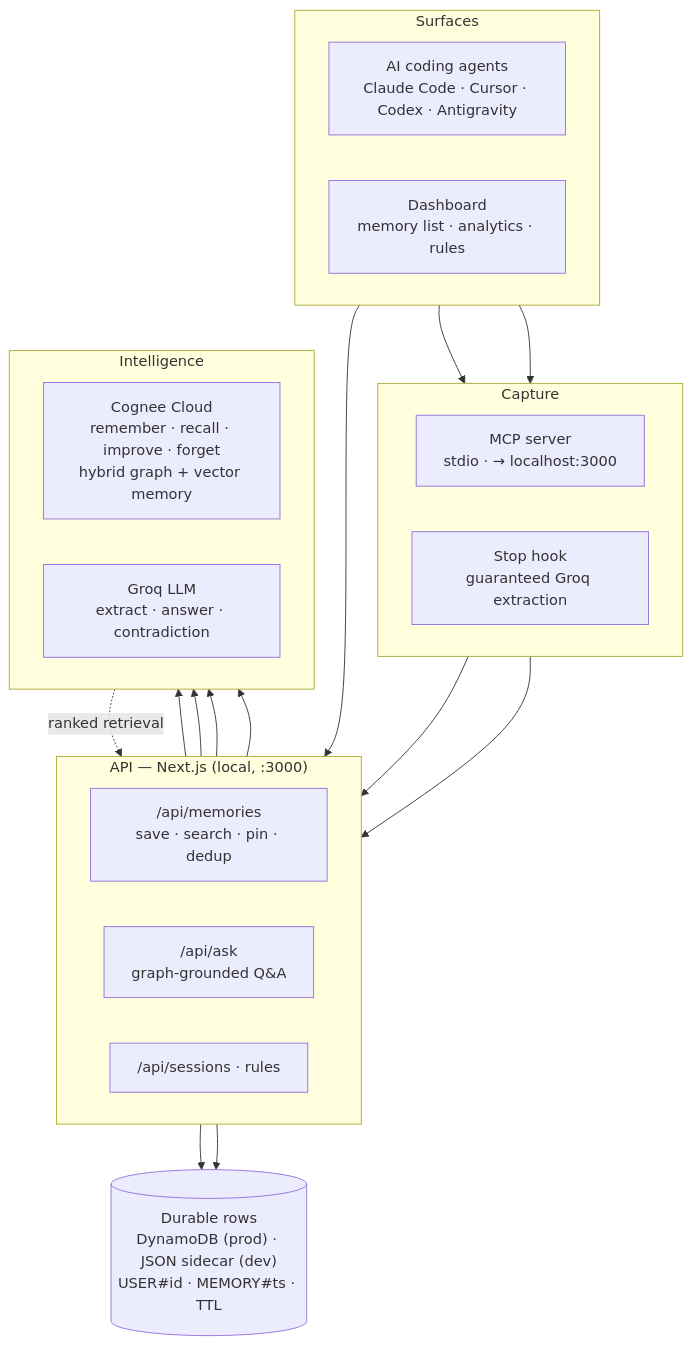
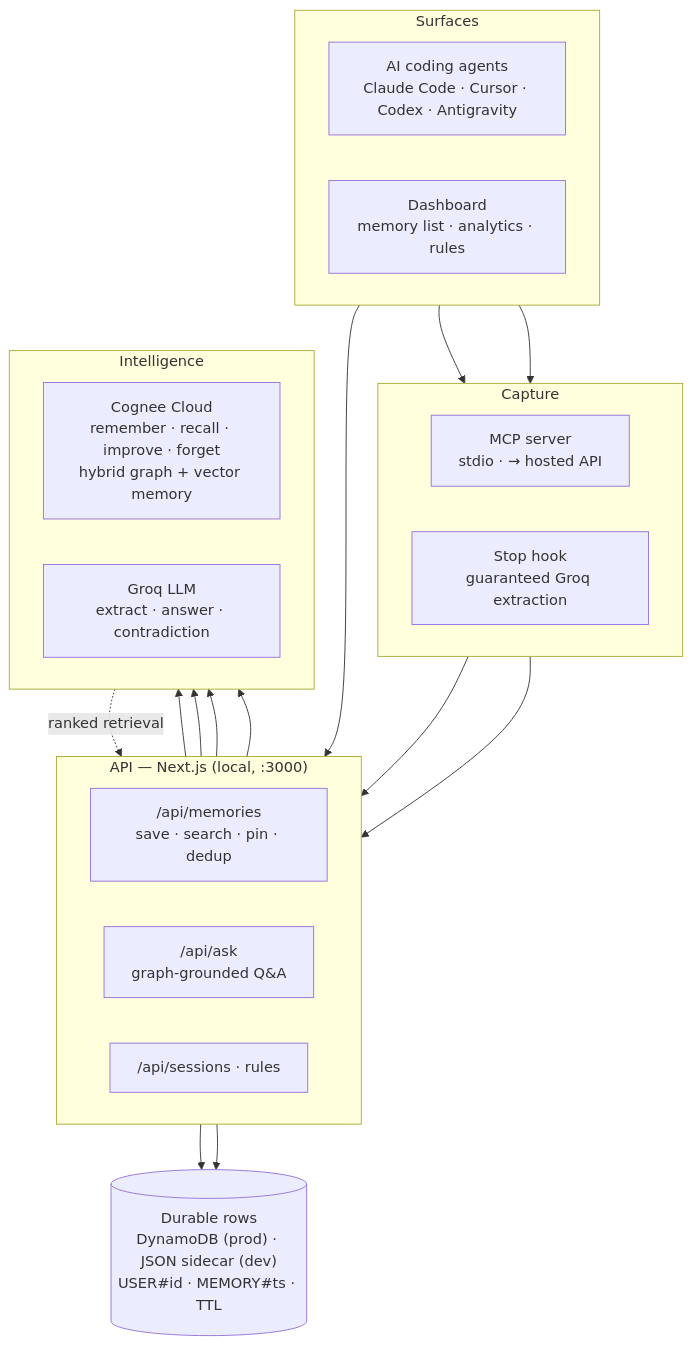
Before and after one commit to ayushraj-byte/Cognee-Imprint: the diagram in README.md, drawn with Mermaid. The commit also changed other lines of this file and 6 other files, not shown here.

First line of the commit message:
fix(connect): point every IDE config at the hosted API, not localhost

````diff
--- a/README.md
+++ b/README.md
@@ -81,42 +81,42 @@
 ```mermaid
 flowchart TB
   subgraph SURF["Surfaces"]
     direction LR
     IDE["AI coding agents<br/>Claude Code · Cursor · Codex · Antigravity"]
     DASH["Dashboard<br/>memory list · analytics · rules"]
   end
 
   subgraph CAP["Capture"]
     direction LR
-    MCP["MCP server<br/>stdio · → localhost:3000"]
+    MCP["MCP server<br/>stdio · → hosted API"]
     HOOK["Stop hook<br/>guaranteed Groq extraction"]
   end
 
   subgraph API["API — Next.js (local, :3000)"]
     direction LR
     MEM["/api/memories<br/>save · search · pin · dedup"]
     ASK["/api/ask<br/>graph-grounded Q&amp;A"]
     SESS["/api/sessions · rules"]
   end
 
   subgraph INTEL["Intelligence"]
     direction LR
     COG["Cognee Cloud<br/>remember · recall · improve · forget<br/>hybrid graph + vector memory"]
     GROQ["Groq LLM<br/>extract · answer · contradiction"]
   end
 
   STORE[("Durable rows<br/>DynamoDB (prod) · JSON sidecar (dev)<br/>USER#id · MEMORY#ts · TTL")]
 
   IDE --> MCP
   IDE --> HOOK
   DASH --> MEM
   MCP --> MEM
   HOOK --> MEM
   MEM --> GROQ
   MEM --> COG
   ASK --> COG
   ASK --> GROQ
   MEM --> STORE
   SESS --> STORE
   COG -. ranked retrieval .-> MEM
 ```
````
